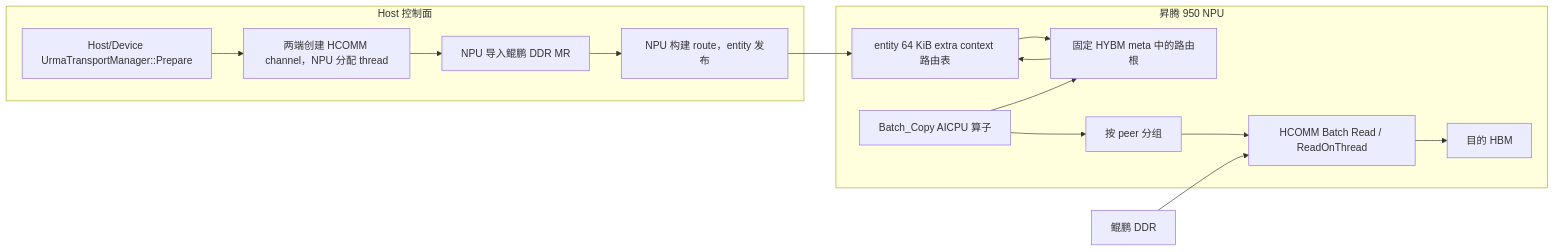
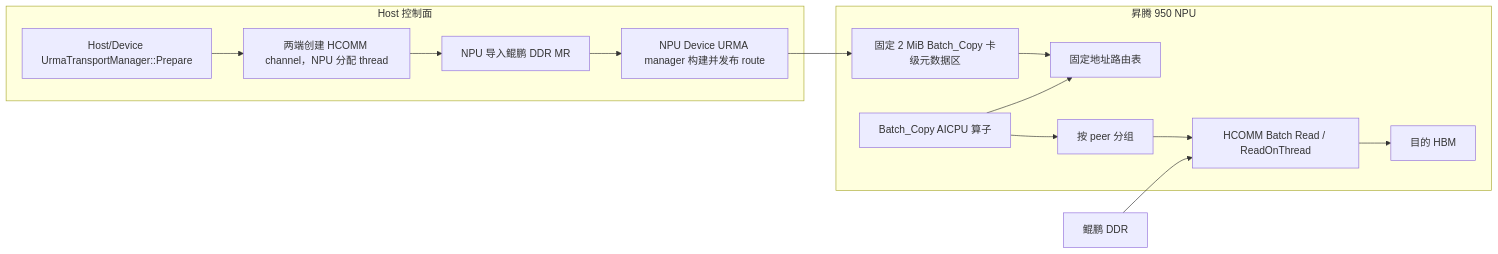
One commit to NoCoder0/memfabric_hybrid changed the first of 3 diagrams in docs/batch_copy_aicpu_urma_design.md. Above: the diagram before and after it, drawn with Mermaid. The commit also changed other lines of this file and 1 other file, not shown here.

Commit message:
docs: redesign batch copy route metadata layout

````diff
--- a/docs/batch_copy_aicpu_urma_design.md
+++ b/docs/batch_copy_aicpu_urma_design.md
@@ -82,25 +82,26 @@
 ```mermaid
 flowchart LR
     subgraph Host["Host 控制面"]
         P["Host/Device UrmaTransportManager::Prepare"]
         C["两端创建 HCOMM channel，NPU 分配 thread"]
         I["NPU 导入鲲鹏 DDR MR"]
-        B["NPU 构建 route，entity 发布"]
+        B["NPU Device URMA manager 构建并发布 route"]
     end
 
     subgraph NPU["昇腾 950 NPU"]
-        T["entity 64 KiB extra context 路由表"]
-        R["固定 HYBM meta 中的路由根"]
+        T["固定 2 MiB Batch_Copy 卡级元数据区"]
+        R["固定地址路由表"]
         O["Batch_Copy AICPU 算子"]
         G["按 peer 分组"]
         H["HCOMM Batch Read / ReadOnThread"]
         D["目的 HBM"]
     end
 
     K["鲲鹏 DDR"]
 
-    P --> C --> I --> B --> T --> R
-    O --> R --> T
+    P --> C --> I --> B --> T
+    O --> R
+    T --> R
     O --> G --> H
     K --> H --> D
 ```
````
